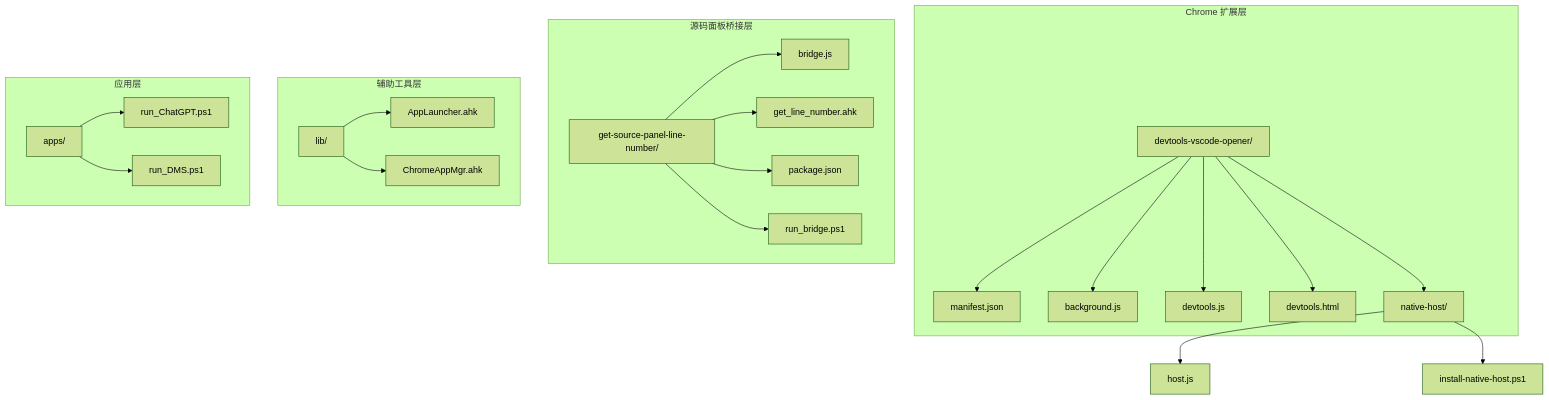
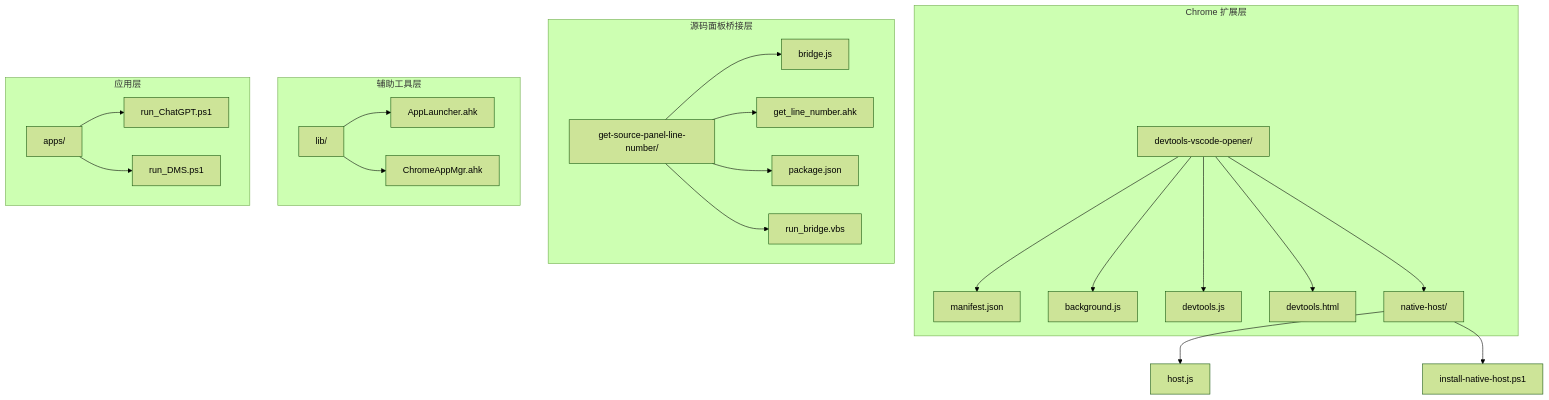
The first of 11 diagrams in .qoder/repowiki/zh/content/外部工具集成/DevTools VS Code 开发者工具集成系统.md (wangys-123doit/hotkey), drawn with Mermaid (forest theme) before and after one commit. The commit also changed other lines of this file and 5 other files, not shown here.

````diff
--- a/.qoder/repowiki/zh/content/外部工具集成/DevTools VS Code 开发者工具集成系统.md
+++ b/.qoder/repowiki/zh/content/外部工具集成/DevTools VS Code 开发者工具集成系统.md
@@ -56,26 +59,26 @@
 ```mermaid
 graph TB
 subgraph "Chrome 扩展层"
 A[devtools-vscode-opener/] --> A1[manifest.json]
 A --> A2[background.js]
 A --> A3[devtools.js]
 A --> A4[devtools.html]
 A --> A5[native-host/]
 end
 subgraph "源码面板桥接层"
 B[get-source-panel-line-number/] --> B1[bridge.js]
 B --> B2[get_line_number.ahk]
 B --> B3[package.json]
-B --> B4[run_bridge.ps1]
+B --> B4[run_bridge.vbs]
 end
 subgraph "辅助工具层"
 C[lib/] --> C1[AppLauncher.ahk]
 C --> C2[ChromeAppMgr.ahk]
 end
 subgraph "应用层"
 D[apps/] --> D1[run_ChatGPT.ps1]
 D --> D2[run_DMS.ps1]
 end
 A5 --> A6[host.js]
 A5 --> A7[install-native-host.ps1]
 ```
````
